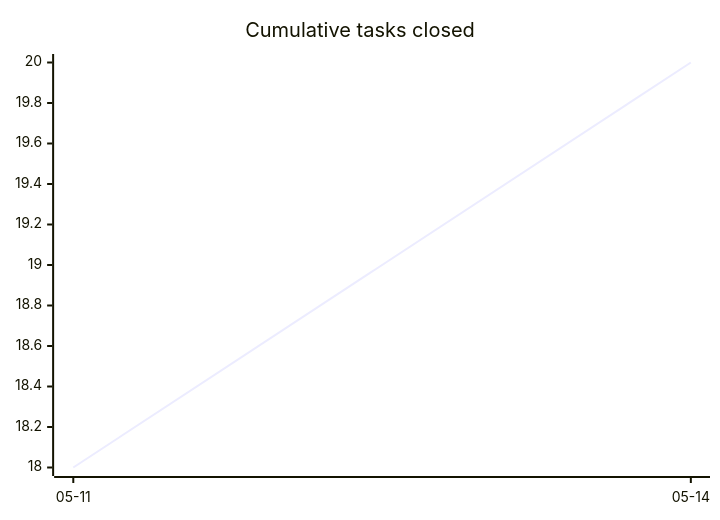
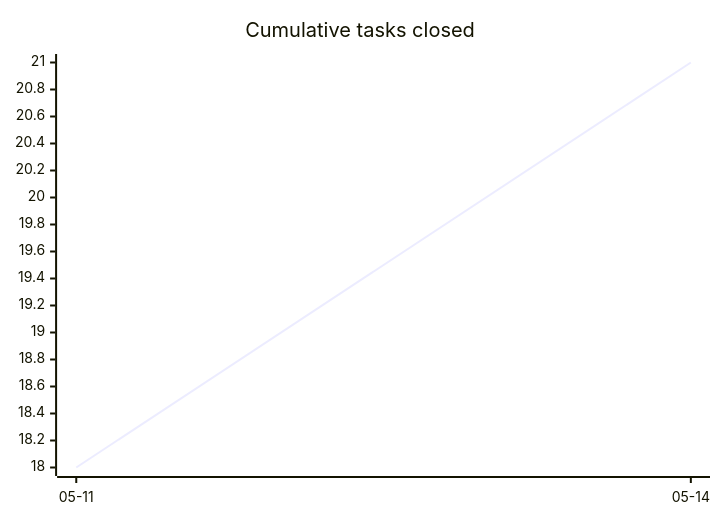
The first of 3 diagrams in docs/developers/tasks/OVERVIEW.md (tgd1975/AwesomeGuitarPedal), drawn with Mermaid before and after one commit. The commit also changed other lines of this file and 9 other files, not shown here.

````diff
--- a/docs/developers/tasks/OVERVIEW.md
+++ b/docs/developers/tasks/OVERVIEW.md
@@ -22,6 +22,6 @@
 ```mermaid
 xychart-beta
     title "Cumulative tasks closed"
     x-axis ["05-11", "05-14"]
-    line [18, 20]
+    line [18, 21]
 ```
````
